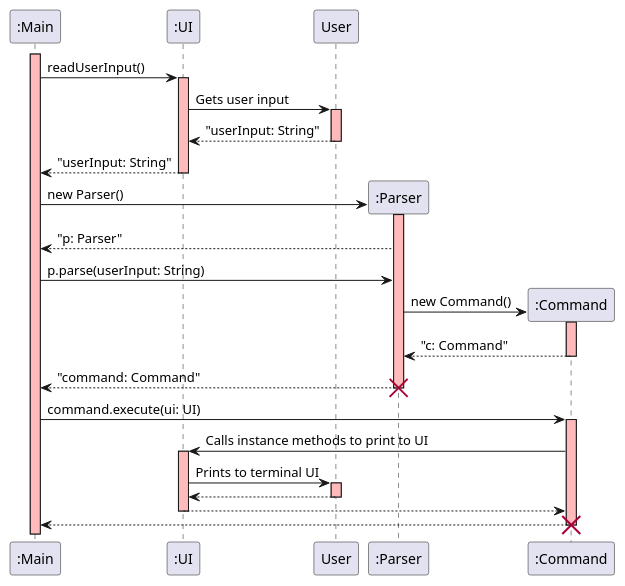
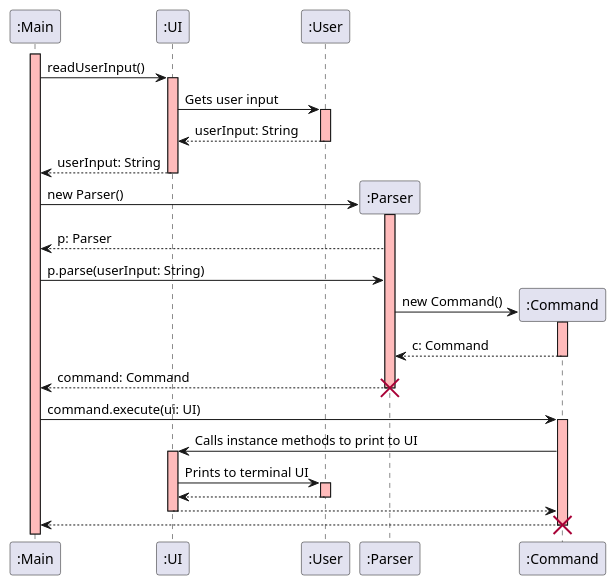
Before and after one commit to sRanay/tp: the diagram in docs/diagrams/ui-sequence-diagram.puml, drawn with PlantUML.

Commit message:
Fix diagram inconsistencies

```diff
--- a/docs/diagrams/ui-sequence-diagram.puml
+++ b/docs/diagrams/ui-sequence-diagram.puml
@@ -1,40 +1,40 @@
 @startuml
 activate ":Main" #FFBBBB
 ":Main" -> ":UI": readUserInput()
 activate ":UI" #FFBBBB
 
 
-":UI" -> User: Gets user input
-activate "User" #FFBBBB
-User --> ":UI": "userInput: String"
+":UI" -> ":User": Gets user input
+activate ":User" #FFBBBB
+":User" --> ":UI": userInput: String
 deactivate
-":UI" --> ":Main": "userInput: String"
+":UI" --> ":Main": userInput: String
 deactivate
 
 create ":Parser"
 ":Main" -> ":Parser": new Parser()
 activate ":Parser" #FFBBBB
-":Parser" --> ":Main": "p: Parser"
+":Parser" --> ":Main": p: Parser
 
 ":Main" -> ":Parser": p.parse(userInput: String)
 create ":Command"
 ":Parser" -> ":Command": new Command()
 activate ":Command" #FFBBBB
-":Command" --> ":Parser": "c: Command"
+":Command" --> ":Parser": c: Command
 deactivate
-":Parser" --> ":Main": "command: Command"
+":Parser" --> ":Main": command: Command
 destroy ":Parser"
 
 ":Main" -> ":Command": command.execute(ui: UI)
 activate ":Command" #FFBBBB
 ":Command" -> ":UI": Calls instance methods to print to UI
 activate ":UI" #FFBBBB
-":UI" -> "User": Prints to terminal UI
-activate "User" #FFBBBB
-"User" --> ":UI"
+":UI" -> ":User": Prints to terminal UI
+activate ":User" #FFBBBB
+":User" --> ":UI"
 deactivate
 ":UI" --> ":Command"
 deactivate
 ":Command" --> ":Main"
 destroy ":Command"
 @enduml
```
